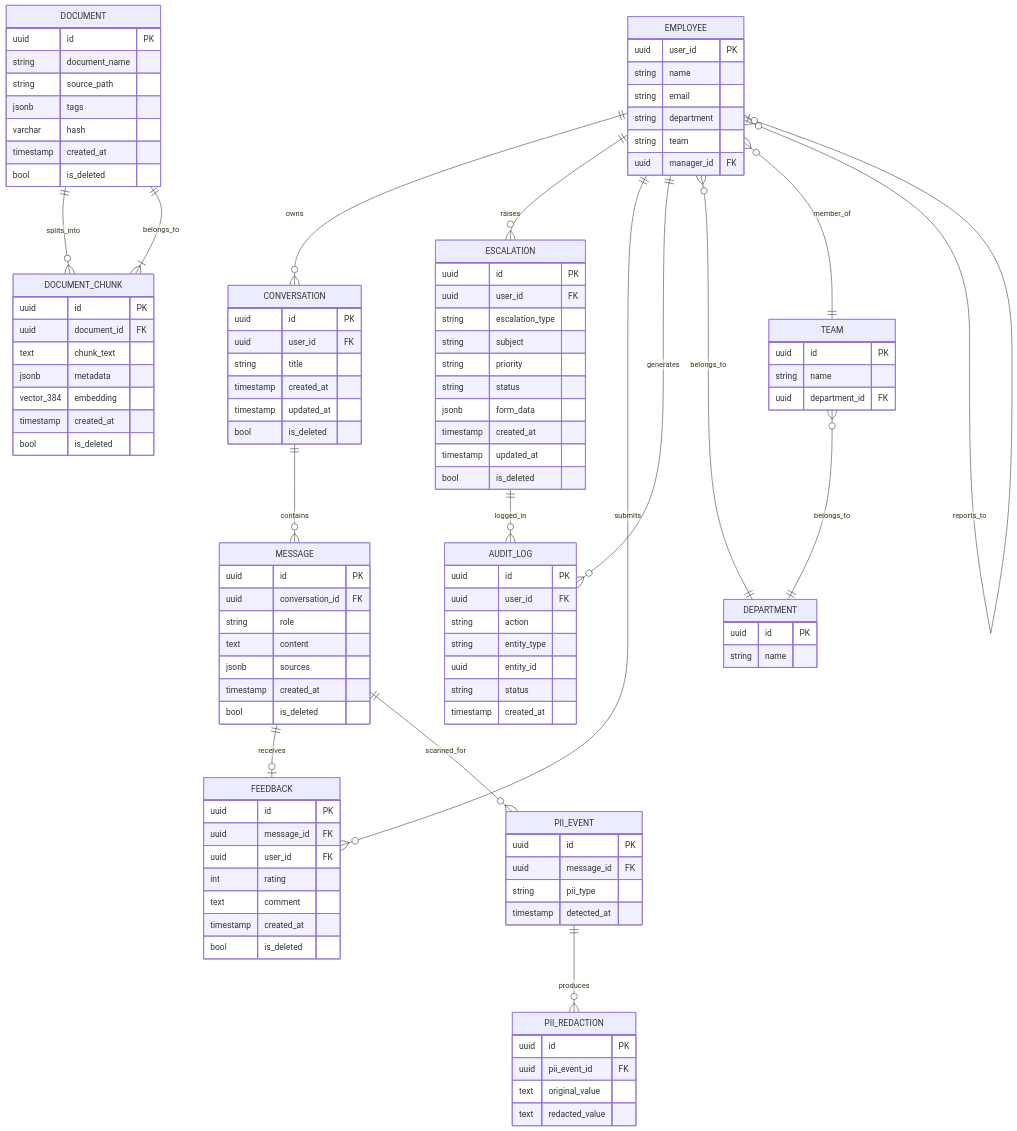
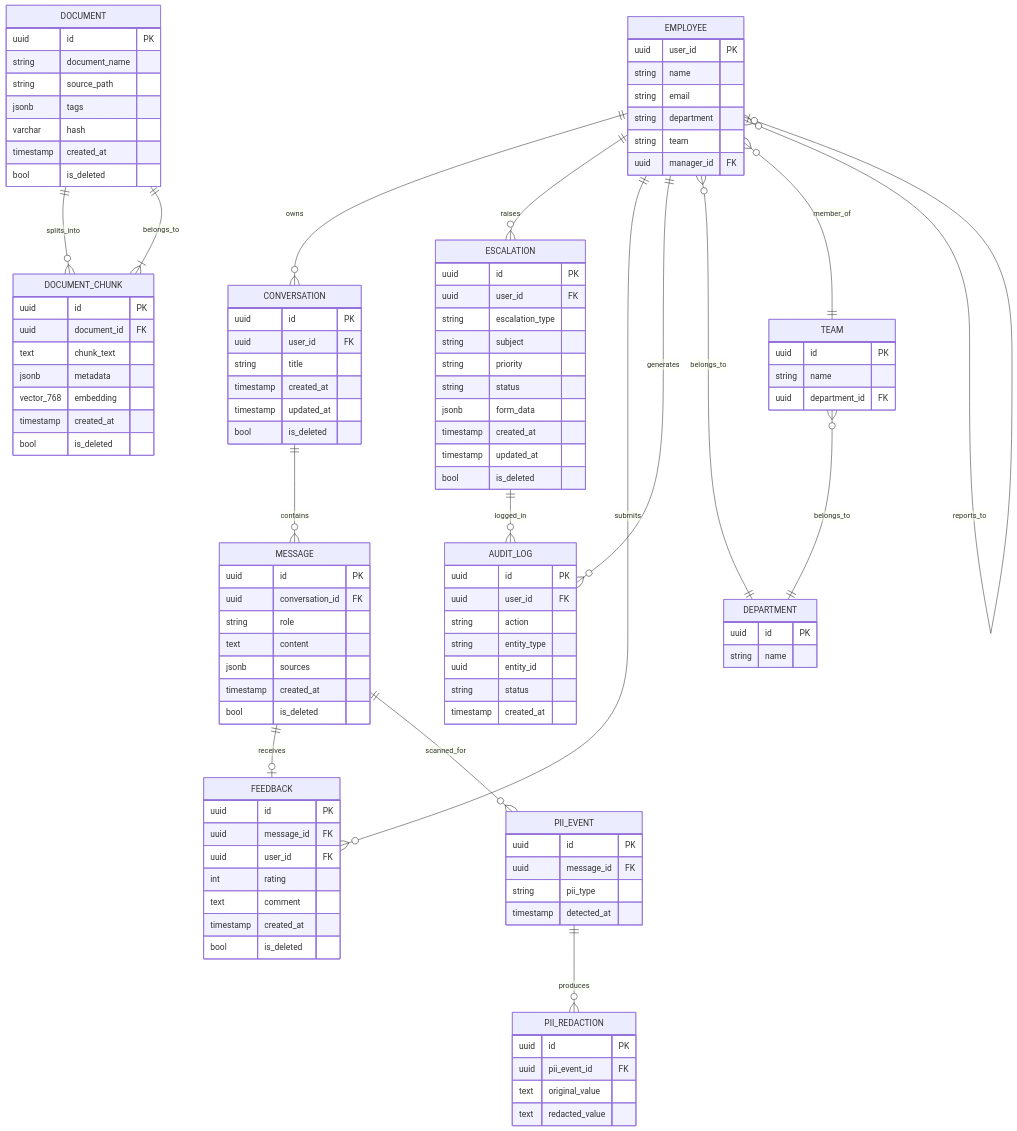
Before and after one commit to pdikondaaa/aa-hackathon: the diagram in knowledge-specs/docs/02-ontology/relationship-model.md, drawn with Mermaid. The commit also changed other lines of this file and 71 other files, not shown here.

```diff
--- a/knowledge-specs/docs/02-ontology/relationship-model.md
+++ b/knowledge-specs/docs/02-ontology/relationship-model.md
@@ -408,7 +411,7 @@
         uuid document_id FK
         text chunk_text
         jsonb metadata
-        vector_384 embedding
+        vector_768 embedding
         timestamp created_at
         bool is_deleted
     }
```
